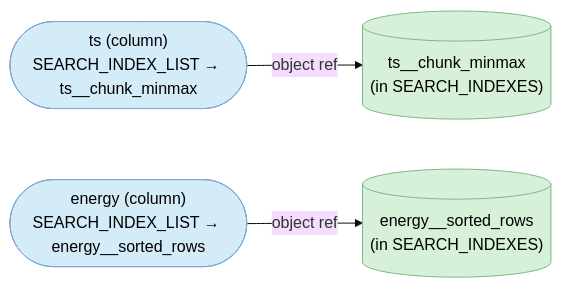
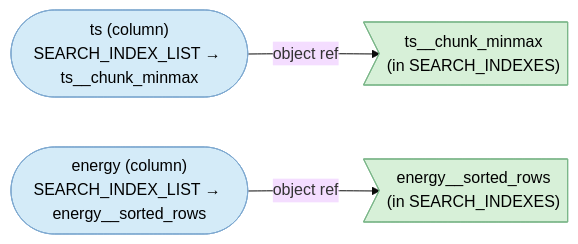
The sixth of 8 diagrams in HEP001/index.md (HDFAlliance/heps), drawn with Mermaid (base theme) before and after one commit. The commit also changed other lines of this file, not shown here.

````diff
--- a/HEP001/index.md
+++ b/HEP001/index.md
@@ -756,15 +760,15 @@
 ```{mermaid}
 graph LR
   C1(["ts (column)<br/>SEARCH_INDEX_LIST &rarr; ts__chunk_minmax"])
   C2(["energy (column)<br/>SEARCH_INDEX_LIST &rarr; energy__sorted_rows"])
-  SI1[("ts__chunk_minmax<br/>(in SEARCH_INDEXES)")]
-  SI2[("energy__sorted_rows<br/>(in SEARCH_INDEXES)")]
+  SI1>"ts__chunk_minmax<br/>(in SEARCH_INDEXES)"]
+  SI2>"energy__sorted_rows<br/>(in SEARCH_INDEXES)"]
   C1 -->|"object ref"| SI1
   C2 -->|"object ref"| SI2
 
   classDef dataCol fill:#D4EBF8,stroke:#7FA9D0,stroke-width:1px,color:#000
   classDef siData  fill:#D7F0D8,stroke:#7CB78A,stroke-width:1px,color:#000
 
   class C1,C2 dataCol
   class SI1,SI2 siData
 ```
````
